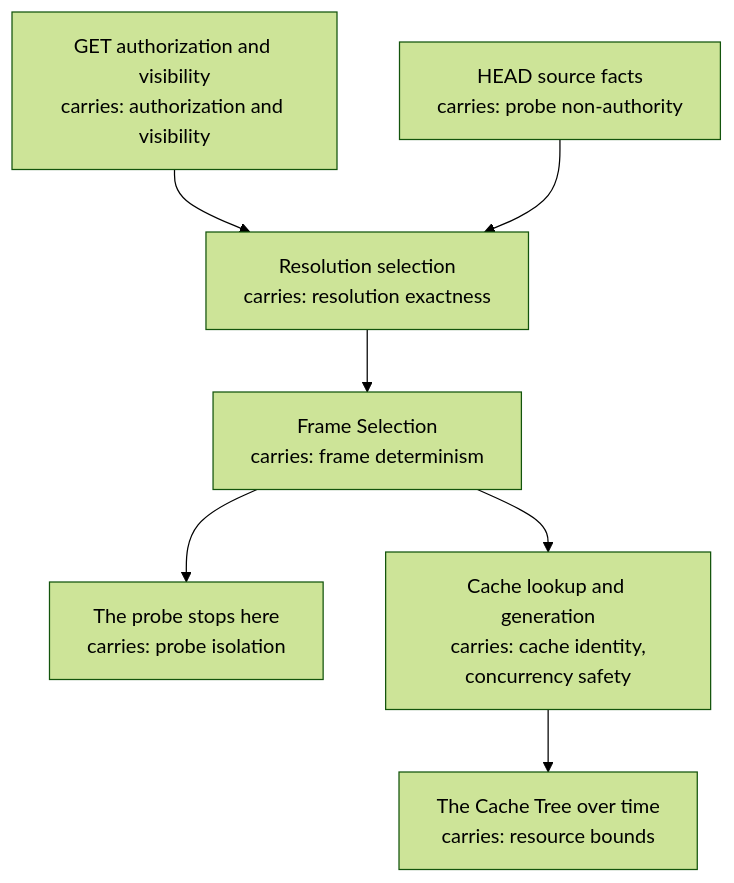
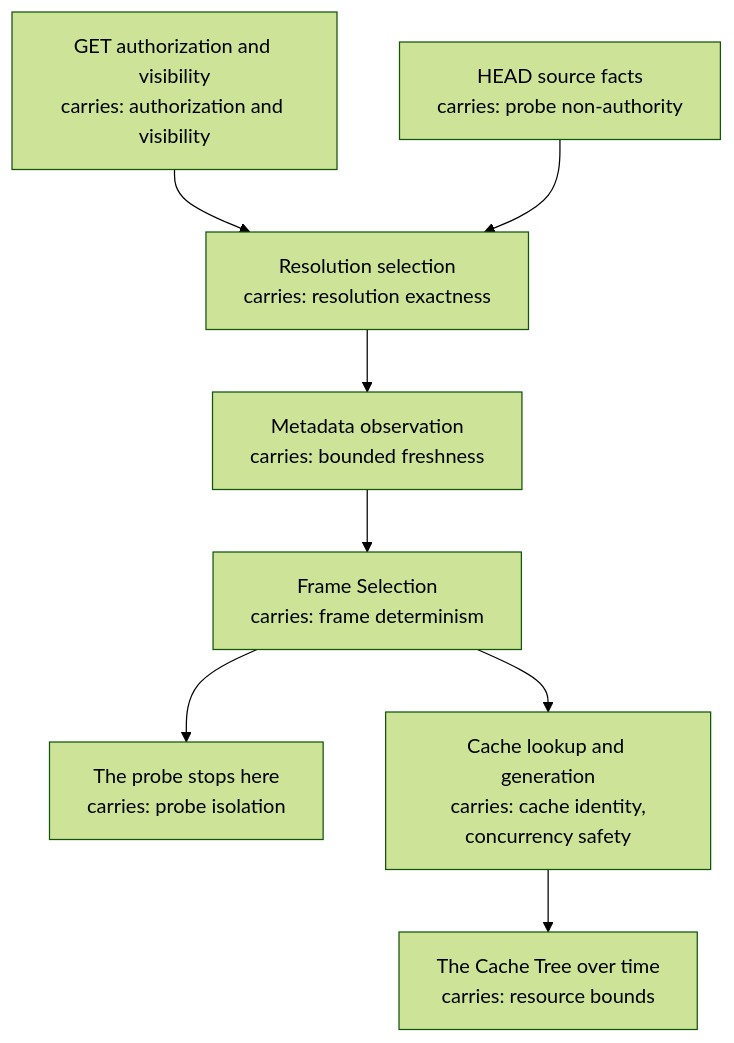
The diagram in docs/business/design/README.md (xiakeng/trickplay-cropper), drawn with Mermaid (forest theme) before and after one commit. The commit also changed other lines of this file and 30 other files, not shown here.

````diff
--- a/docs/business/design/README.md
+++ b/docs/business/design/README.md
@@ -23,9 +23,10 @@
 ```mermaid
 flowchart TD
     G["GET authorization and visibility<br/>carries: authorization and visibility"] --> S2["Resolution selection<br/>carries: resolution exactness"]
     H["HEAD source facts<br/>carries: probe non-authority"] --> S2
-    S2 --> S3["Frame Selection<br/>carries: frame determinism"]
+    S2 --> M["Metadata observation<br/>carries: bounded freshness"]
+    M --> S3["Frame Selection<br/>carries: frame determinism"]
     S3 --> P["The probe stops here<br/>carries: probe isolation"]
     S3 --> S4["Cache lookup and generation<br/>carries: cache identity,<br/>concurrency safety"]
     S4 --> S5["The Cache Tree over time<br/>carries: resource bounds"]
 ```
````
